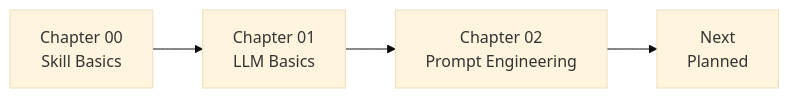
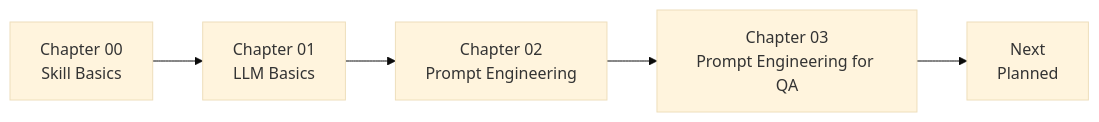
One commit to SathishQASelenium/AITesterBlueprint5x changed the first of 6 diagrams in README.md. Above: the diagram before and after it, drawn with Mermaid (base theme). The commit also changed other lines of this file and 48 other files, not shown here.

First line of the commit message:
Add Chapter 03 QA prompt frameworks and refresh README

````diff
--- a/README.md
+++ b/README.md
@@ -9,6 +9,7 @@
 ```mermaid
 flowchart LR
     A["Chapter 00<br/>Skill Basics"] --> B["Chapter 01<br/>LLM Basics"]
     B --> C["Chapter 02<br/>Prompt Engineering"]
-    C --> D["Next<br/>Planned"]
+    C --> D["Chapter 03<br/>Prompt Engineering for QA"]
+    D --> E["Next<br/>Planned"]
 ```
````
